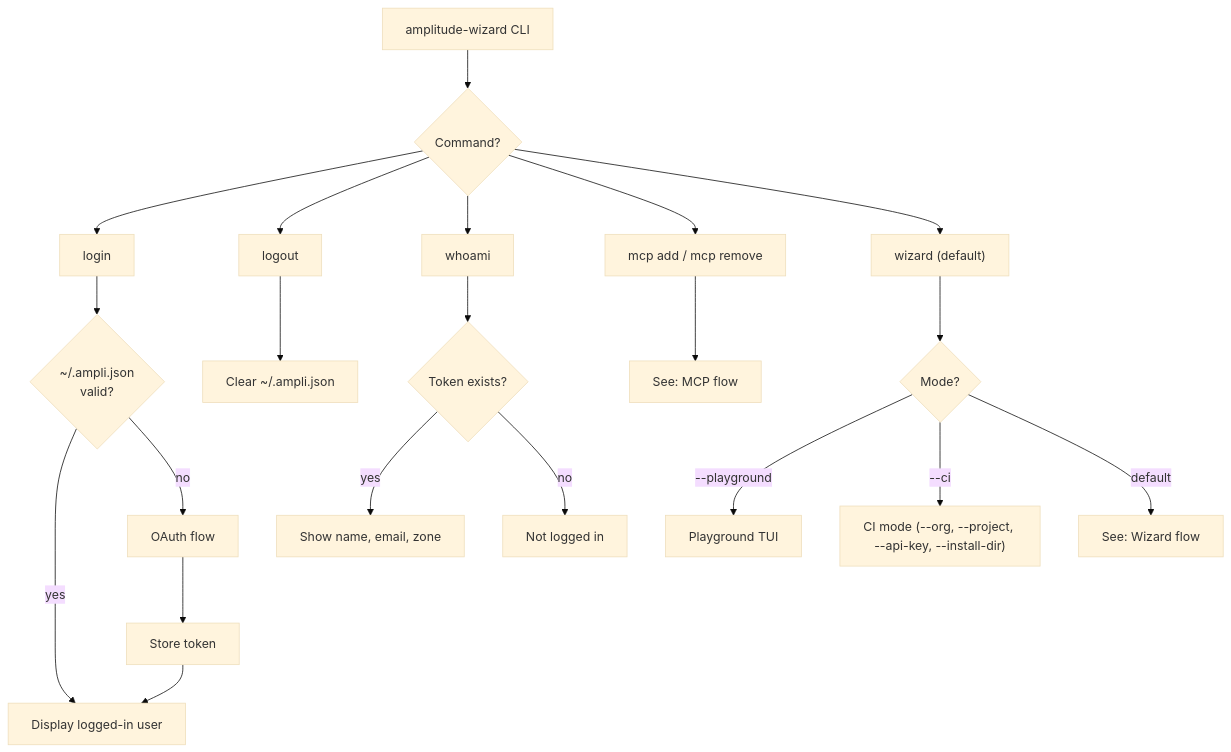
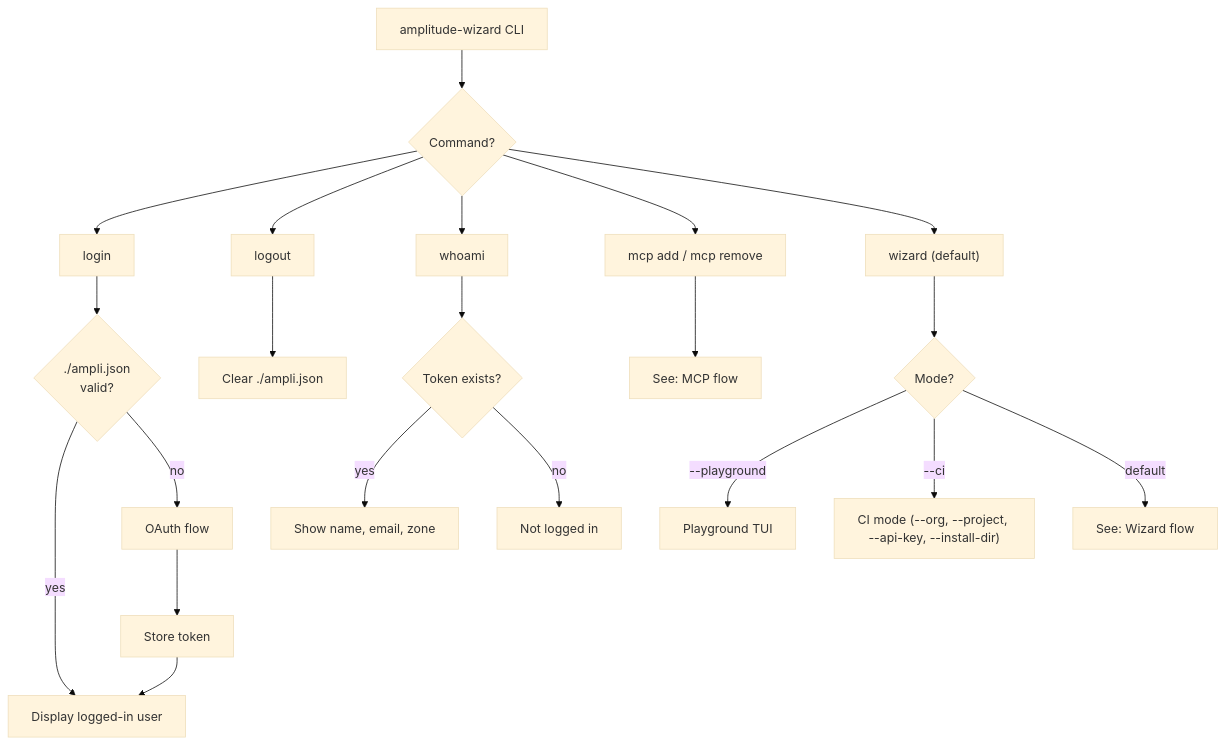
The diagram in docs/diagrams/top-level-commands.mmd (amplitude/wizard), drawn with Mermaid (base theme) before and after one commit. The commit also changed 14 other files, not shown here.

First line of the commit message:
Store credentials in project ./ampli.json, add OAuth logging, and test ampli-settings

```diff
--- a/docs/diagrams/top-level-commands.mmd
+++ b/docs/diagrams/top-level-commands.mmd
@@ -1,25 +1,25 @@
 flowchart TD
     CLI["amplitude-wizard CLI"] --> CMD{Command?}
 
     CMD --> LOGIN["login"]
     CMD --> LOGOUT["logout"]
     CMD --> WHOAMI["whoami"]
     CMD --> MCP_CMD["mcp add / mcp remove"]
     CMD --> WIZARD["wizard (default)"]
 
-    LOGIN --> LOGIN_CHECK{~/.ampli.json\nvalid?}
+    LOGIN --> LOGIN_CHECK{./ampli.json\nvalid?}
     LOGIN_CHECK -->|yes| LOGIN_DONE["Display logged-in user"]
     LOGIN_CHECK -->|no| OAUTH["OAuth flow"] --> STORE["Store token"] --> LOGIN_DONE
 
-    LOGOUT --> CLEAR["Clear ~/.ampli.json"]
+    LOGOUT --> CLEAR["Clear ./ampli.json"]
 
     WHOAMI --> CHECK_TOKEN{Token exists?}
     CHECK_TOKEN -->|yes| SHOW_USER["Show name, email, zone"]
     CHECK_TOKEN -->|no| NOT_LOGGED_IN["Not logged in"]
 
     MCP_CMD --> MCP_FLOW["See: MCP flow"]
 
     WIZARD --> MODE{Mode?}
     MODE -->|--playground| PLAYGROUND["Playground TUI"]
     MODE -->|--ci| CI["CI mode (--org, --project, --api-key, --install-dir)"]
     MODE -->|default| W["See: Wizard flow"]
```
